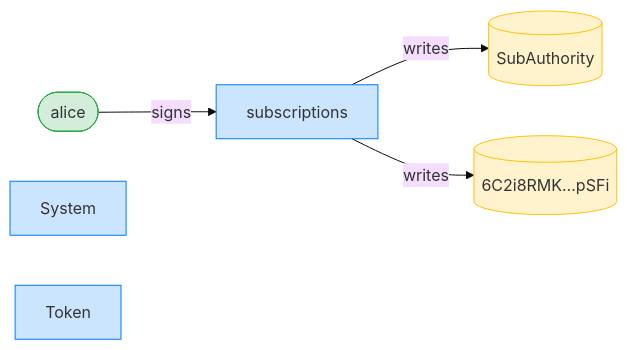
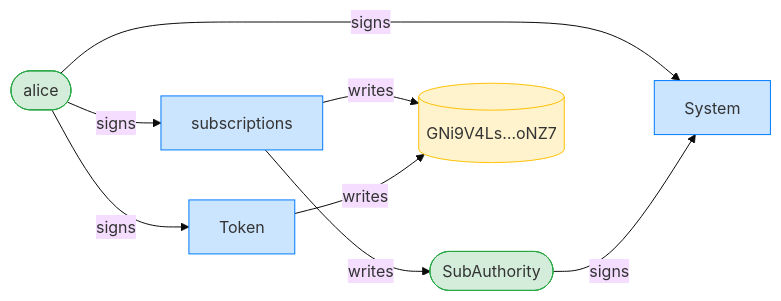
One commit to cds-rs/subscriptions changed the third of 12 diagrams in dsl_tests/transfer-subscription--a-merchant-pulls.md. Above: the diagram before and after it, drawn with Mermaid (base theme). The commit also changed other lines of this file and 224 other files, not shown here.

````diff
--- a/dsl_tests/transfer-subscription--a-merchant-pulls.md
+++ b/dsl_tests/transfer-subscription--a-merchant-pulls.md
@@ -55,15 +56,19 @@
 ```mermaid
 flowchart LR
     classDef signer fill:#d4edda,stroke:#28a745;
     classDef program fill:#cce5ff,stroke:#007bff;
     classDef writable fill:#fff3cd,stroke:#ffc107;
     subscriptions[subscriptions]:::program
     alice([alice]):::signer
-    SubAuthority[(SubAuthority)]:::writable
-    6C2i8RMK_pSFi[("6C2i8RMK…pSFi")]:::writable
+    SubAuthority([SubAuthority]):::signer
+    GNi9V4Ls_oNZ7[("GNi9V4Ls…oNZ7")]:::writable
     System[System]:::program
     Token[Token]:::program
     alice -->|signs| subscriptions
+    alice -->|signs| System
+    SubAuthority -->|signs| System
+    alice -->|signs| Token
     subscriptions -->|writes| SubAuthority
-    subscriptions -->|writes| 6C2i8RMK_pSFi
+    subscriptions -->|writes| GNi9V4Ls_oNZ7
+    Token -->|writes| GNi9V4Ls_oNZ7
 ```
````
